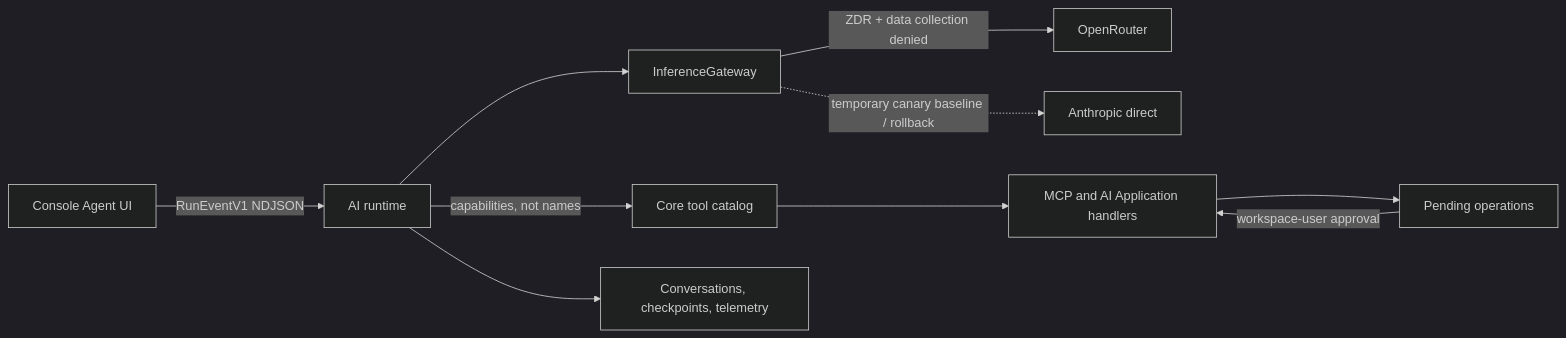
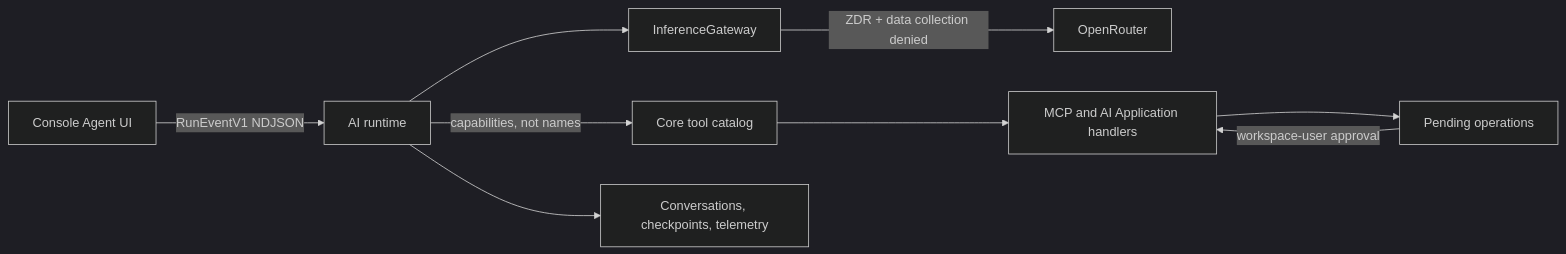
One commit to IrminData/irmin-platform changed the diagram in docs/ai-runtime-operations.md. Above: the diagram before and after it, drawn with Mermaid (dark theme). The commit also changed other lines of this file and 15 other files, not shown here.

Commit message:
refactor(ai): remove direct Anthropic fallback (#77)

````diff
--- a/docs/ai-runtime-operations.md
+++ b/docs/ai-runtime-operations.md
@@ -10,12 +10,11 @@
 ```mermaid
 flowchart LR
   UI["Console Agent UI"] -->|"RunEventV1 NDJSON"| AI["AI runtime"]
   AI --> GW["InferenceGateway"]
   GW -->|"ZDR + data collection denied"| OR["OpenRouter"]
-  GW -.->|"temporary canary baseline / rollback"| AN["Anthropic direct"]
   AI -->|"capabilities, not names"| CAT["Core tool catalog"]
   CAT --> MCP["MCP and AI Application handlers"]
   AI --> DB["Conversations, checkpoints, telemetry"]
   MCP --> OPS["Pending operations"]
   OPS -->|"workspace-user approval"| MCP
 ```
````
